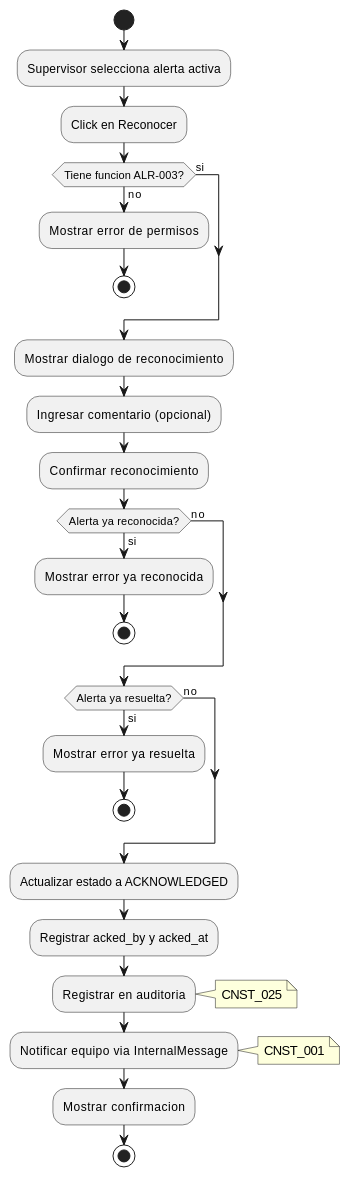
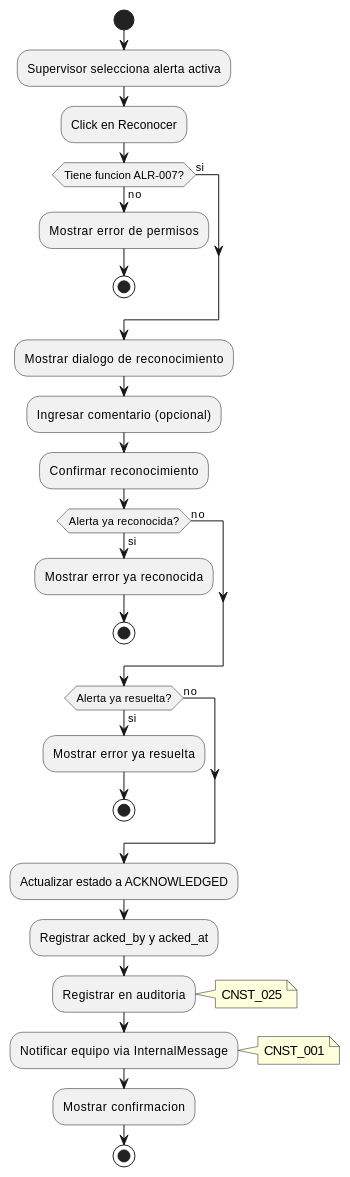
One commit to jcg-admin/IACT-docs changed the third of 3 diagrams in source/requisitos/casos-uso/alerts/uc-alr-03-reconocer-alerta.rst. Above: the diagram before and after it, drawn with PlantUML. The commit also changed other lines of this file and 3 other files, not shown here.

```diff
--- a/source/requisitos/casos-uso/alerts/uc-alr-03-reconocer-alerta.rst
+++ b/source/requisitos/casos-uso/alerts/uc-alr-03-reconocer-alerta.rst
@@ -330,43 +330,43 @@
 .. uml::
  :caption: Diagrama de Actividad - UC_ALR_03
 
  @startuml
  start
  :Supervisor selecciona alerta activa;
  :Click en Reconocer;
 
- if (Tiene funcion ALR-003?) then (no)
+ if (Tiene funcion ALR-007?) then (no)
  :Mostrar error de permisos;
  stop
  else (si)
  endif
 
  :Mostrar dialogo de reconocimiento;
  :Ingresar comentario (opcional);
  :Confirmar reconocimiento;
 
  if (Alerta ya reconocida?) then (si)
  :Mostrar error ya reconocida;
  stop
  else (no)
  endif
 
  if (Alerta ya resuelta?) then (si)
  :Mostrar error ya resuelta;
  stop
  else (no)
  endif
 
  :Actualizar estado a ACKNOWLEDGED;
  :Registrar acked_by y acked_at;
 
  :Registrar en auditoria;
  note right: CNST_025
 
  :Notificar equipo via InternalMessage;
  note right: CNST_001
 
  :Mostrar confirmacion;
 
  stop
  @enduml
```
